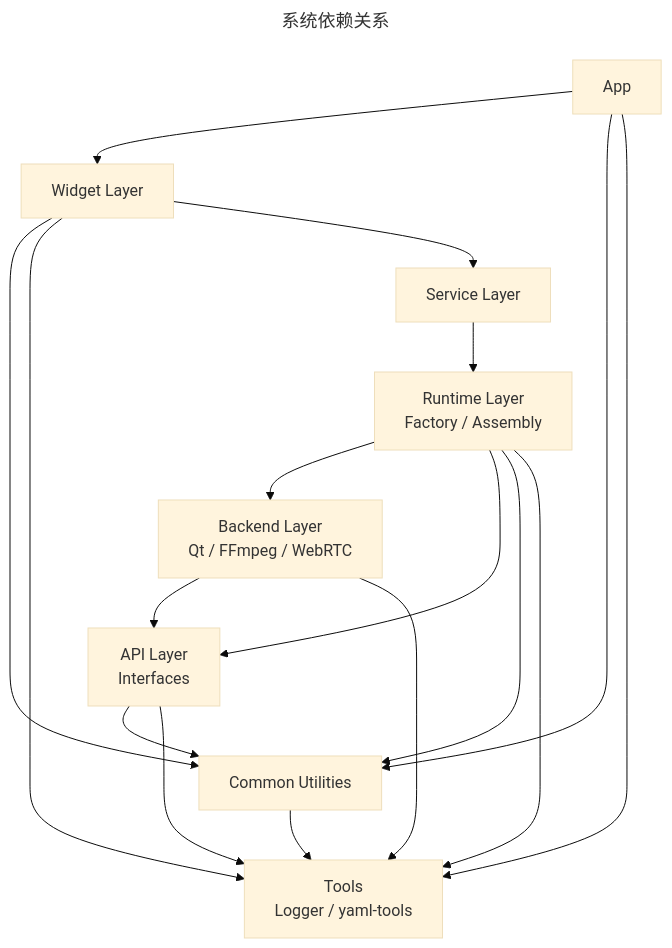
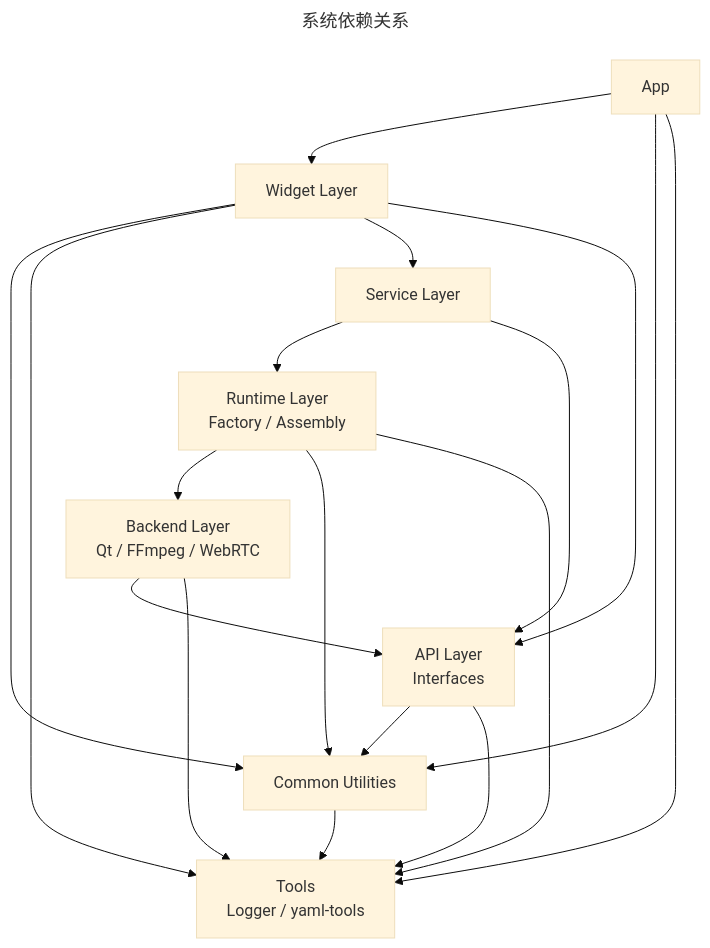
Before and after one commit to chunyujin295/FPlayer-desketop: the diagram in README.md, drawn with Mermaid (base theme). The commit also changed other lines of this file and 6 other files, not shown here.

````diff
--- a/README.md
+++ b/README.md
@@ -128,35 +131,37 @@
 ```mermaid
 ---
 title: 系统依赖关系
 ---
 graph TD
     APP[App]
     WIDGET[Widget Layer]
     SERVICE[Service Layer]
     RUNTIME[Runtime Layer<br/>Factory / Assembly]
     BACKEND[Backend Layer<br/>Qt / FFmpeg / WebRTC]
     API[API Layer<br/>Interfaces]
     COMMON[Common Utilities]
     TOOLS[Tools<br/>Logger / yaml-tools]
 
     APP --> WIDGET
     APP --> COMMON
     APP --> TOOLS
+  
     WIDGET --> COMMON
     WIDGET --> TOOLS
     WIDGET --> SERVICE
+    WIDGET --> API
     
     SERVICE --> RUNTIME
+    SERVICE --> API
 
     RUNTIME --> BACKEND
-    RUNTIME --> API
     RUNTIME --> COMMON
     RUNTIME --> TOOLS
 
     BACKEND --> API
     BACKEND --> TOOLS
     API --> COMMON
     API --> TOOLS
     
     COMMON --> TOOLS
 ```
````
